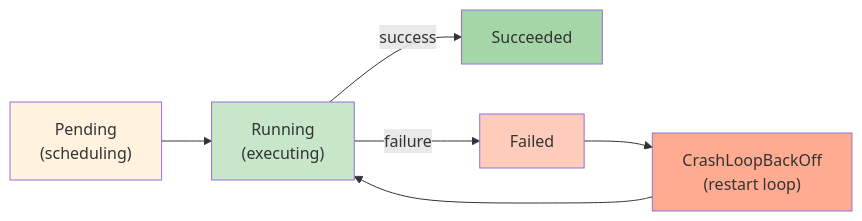
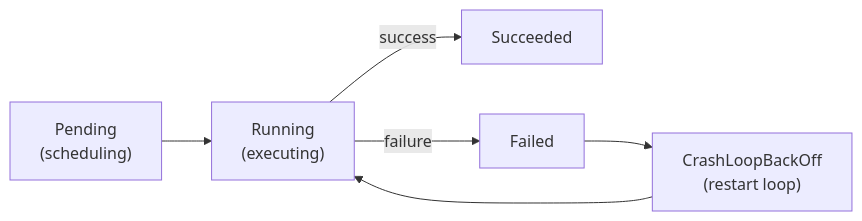
One commit to nitinkc/DevOpsLearning changed the second of 2 diagrams in docs/theory/03-kubernetes-fundamentals.md. Above: the diagram before and after it, drawn with Mermaid. The commit also changed other lines of this file and 46 other files, not shown here.

````diff
--- a/docs/theory/03-kubernetes-fundamentals.md
+++ b/docs/theory/03-kubernetes-fundamentals.md
@@ -222,14 +225,9 @@
-<div class="mermaid">
+```mermaid
 graph LR
     A["Pending<br/>(scheduling)"] --> B["Running<br/>(executing)"]
     B -->|success| C["Succeeded"]
     B -->|failure| D["Failed"]
     D --> E["CrashLoopBackOff<br/>(restart loop)"]
     E --> B
-    
-    style A fill:#fff3e0
-    style B fill:#c8e6c9
-    style C fill:#a5d6a7
-    style D fill:#ffccbc
-    style E fill:#ffab91
-</div>
+
+```
````
